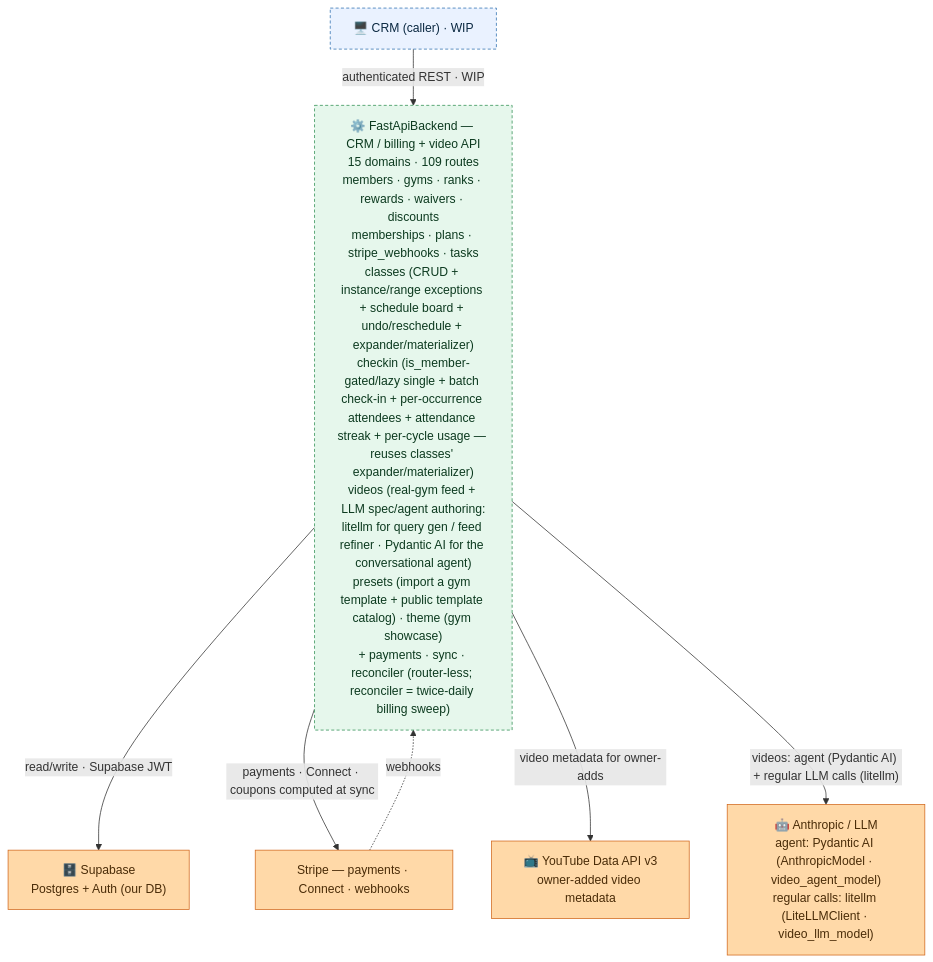
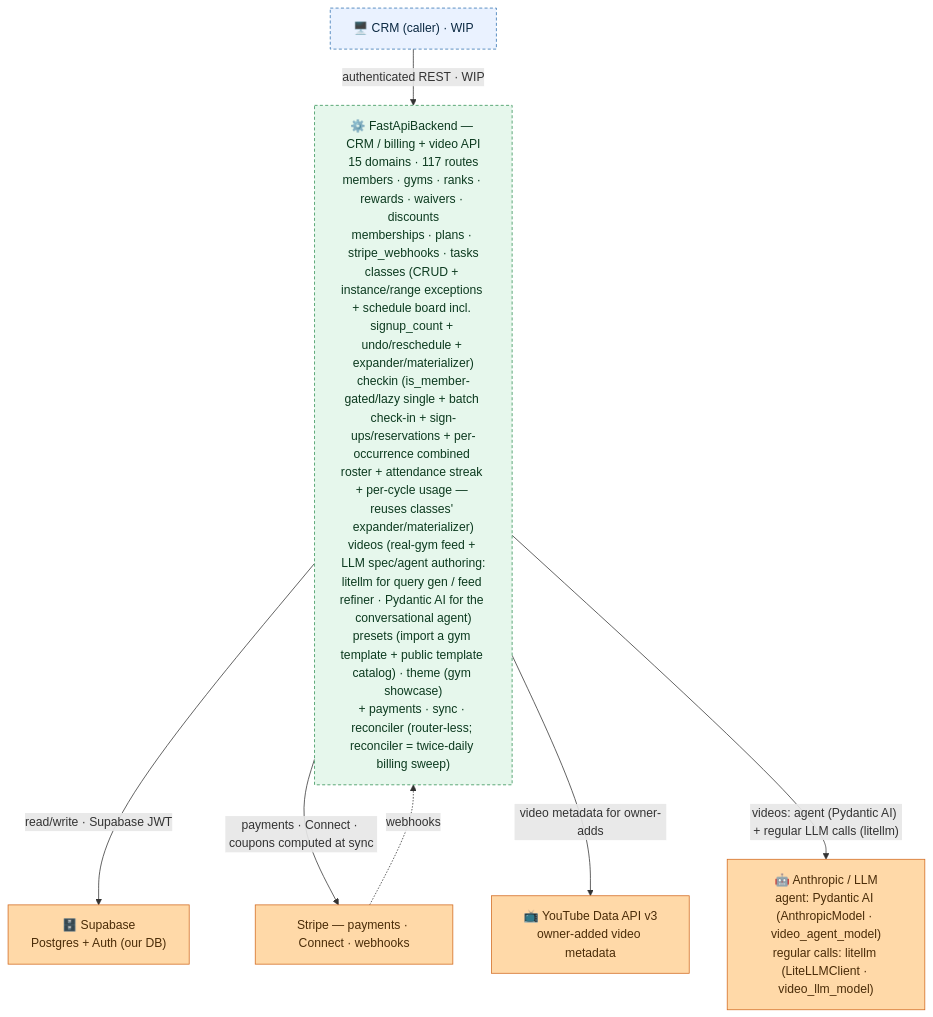
One commit to jesse51002/CombatDen changed the diagram in FastApiBackend/README.md. Above: the diagram before and after it, drawn with Mermaid. The commit also changed other lines of this file and 36 other files, not shown here.

First line of the commit message:
Sign-ups (reservations) — backend + DB (in the checkin domain)

````diff
--- a/FastApiBackend/README.md
+++ b/FastApiBackend/README.md
@@ -16,23 +16,23 @@
 ```mermaid
 flowchart TB
   CRM["🖥️ CRM (caller) · WIP"]
-  FB["⚙️ FastApiBackend — CRM / billing + video API<br/>15 domains · 109 routes<br/>members · gyms · ranks · rewards · waivers · discounts<br/>memberships · plans · stripe_webhooks · tasks<br/>classes (CRUD + instance/range exceptions + schedule board + undo/reschedule + expander/materializer)<br/>checkin (is_member-gated/lazy single + batch check-in + per-occurrence attendees + attendance streak + per-cycle usage — reuses classes' expander/materializer)<br/>videos (real-gym feed + LLM spec/agent authoring:<br/>litellm for query gen / feed refiner · Pydantic AI for the conversational agent)<br/>presets (import a gym template + public template catalog) · theme (gym showcase)<br/>+ payments · sync · reconciler (router-less; reconciler = twice-daily billing sweep)"]
+  FB["⚙️ FastApiBackend — CRM / billing + video API<br/>15 domains · 117 routes<br/>members · gyms · ranks · rewards · waivers · discounts<br/>memberships · plans · stripe_webhooks · tasks<br/>classes (CRUD + instance/range exceptions + schedule board incl. signup_count + undo/reschedule + expander/materializer)<br/>checkin (is_member-gated/lazy single + batch check-in + sign-ups/reservations + per-occurrence combined roster + attendance streak + per-cycle usage — reuses classes' expander/materializer)<br/>videos (real-gym feed + LLM spec/agent authoring:<br/>litellm for query gen / feed refiner · Pydantic AI for the conversational agent)<br/>presets (import a gym template + public template catalog) · theme (gym showcase)<br/>+ payments · sync · reconciler (router-less; reconciler = twice-daily billing sweep)"]
   Supabase["🗄️ Supabase<br/>Postgres + Auth (our DB)"]
   Stripe["Stripe — payments · Connect · webhooks"]
   YouTube["📺 YouTube Data API v3<br/>owner-added video metadata"]
   LLMProvider["🤖 Anthropic / LLM<br/>agent: Pydantic AI (AnthropicModel · video_agent_model)<br/>regular calls: litellm (LiteLLMClient · video_llm_model)"]
   CRM -->|"authenticated REST · WIP"| FB
   FB -->|"read/write · Supabase JWT"| Supabase
   FB -->|"payments · Connect · coupons computed at sync"| Stripe
   Stripe -.->|"webhooks"| FB
   FB -->|"video metadata for owner-adds"| YouTube
   FB -->|"videos: agent (Pydantic AI) + regular LLM calls (litellm)"| LLMProvider
   classDef client fill:#eaf2ff,stroke:#2f6fb0,color:#0b2942;
   classDef svc fill:#e6f7ec,stroke:#2f8f53,color:#0c3a1f;
   classDef ext fill:#ffd9a8,stroke:#d2691e,color:#4a2c08;
   class CRM client;
   class FB svc;
   class Supabase,Stripe,YouTube,LLMProvider ext;
   style CRM stroke-dasharray:4 3;
   style FB stroke-dasharray:4 3;
 ```
````
